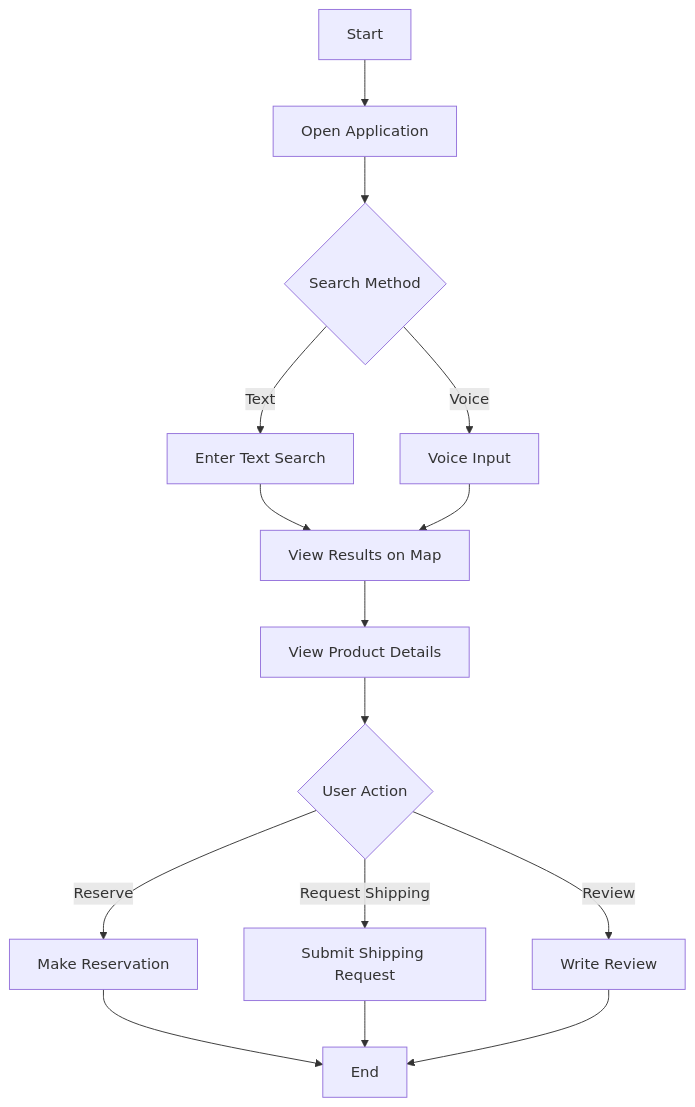
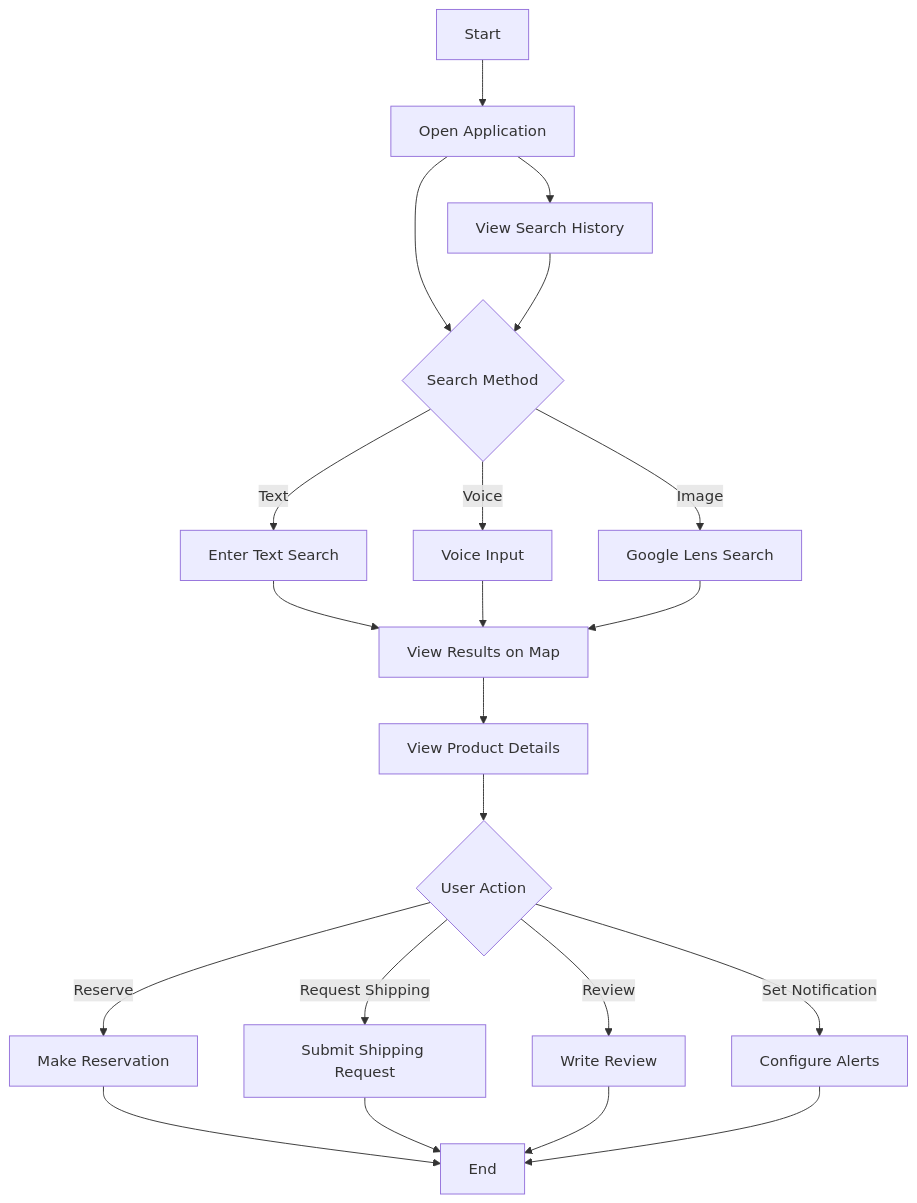
Before and after one commit to r04nx/obsidian: the fourth of 7 diagrams in Work/SPIT Hackathon/Main Document.md, drawn with Mermaid. The commit also changed other lines of this file and 25 other files, not shown here.

````diff
--- a/Work/SPIT Hackathon/Main Document.md
+++ b/Work/SPIT Hackathon/Main Document.md
@@ -200,17 +251,23 @@
 ```mermaid
 graph TB
     A[Start] --> B[Open Application]
     B --> C{Search Method}
     C --> |Text| D[Enter Text Search]
     C --> |Voice| E[Voice Input]
-    D --> F[View Results on Map]
-    E --> F
-    F --> G[View Product Details]
-    G --> H{User Action}
-    H --> |Reserve| I[Make Reservation]
-    H --> |Request Shipping| J[Submit Shipping Request]
-    H --> |Review| K[Write Review]
-    I --> L[End]
-    J --> L
-    K --> L
+    C --> |Image| F[Google Lens Search]
+    D --> G[View Results on Map]
+    E --> G
+    F --> G
+    G --> H[View Product Details]
+    H --> I{User Action}
+    I --> |Reserve| J[Make Reservation]
+    I --> |Request Shipping| K[Submit Shipping Request]
+    I --> |Review| L[Write Review]
+    I --> |Set Notification| M[Configure Alerts]
+    J --> N[End]
+    K --> N
+    L --> N
+    M --> N
+    B --> O[View Search History]
+    O --> C
 ```
````
